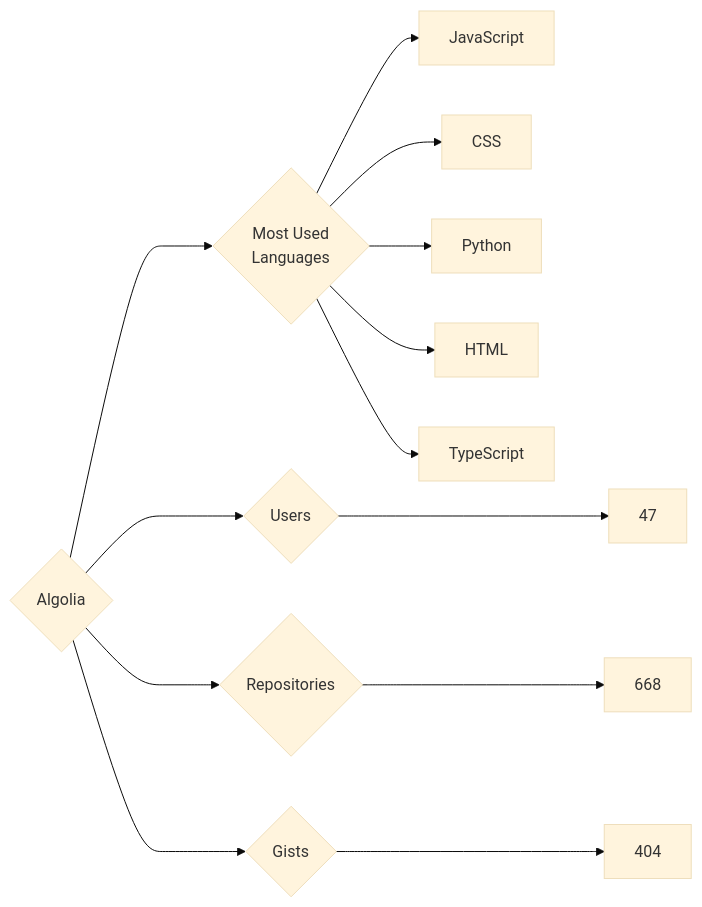
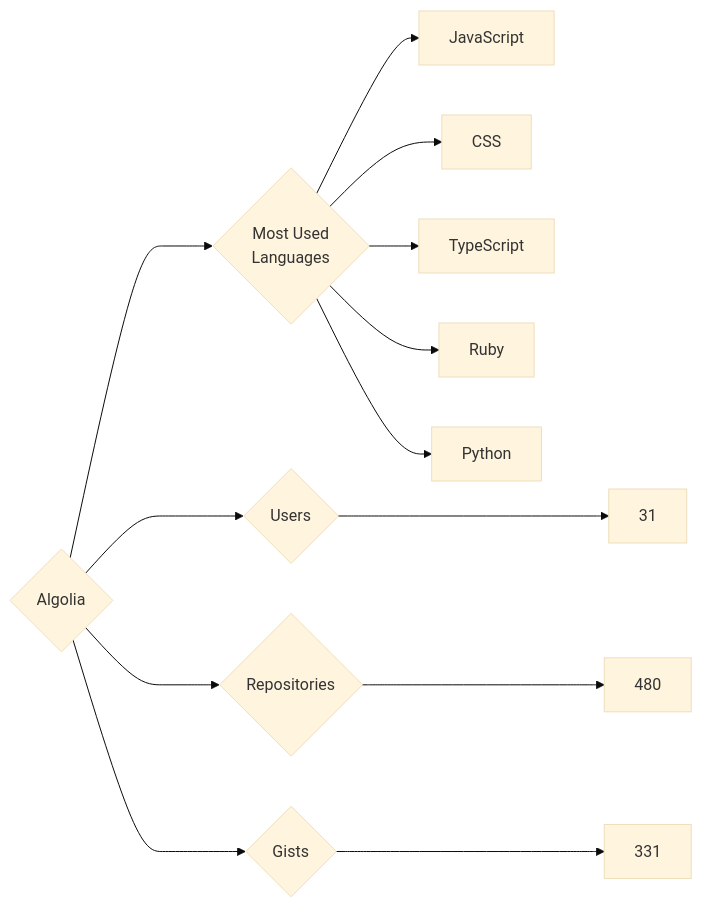
The diagram in targets/Algolia/README.md (trickest/insiders), drawn with Mermaid (base theme) before and after one commit. The commit also changed 749 other files, not shown here.

````diff
--- a/targets/Algolia/README.md
+++ b/targets/Algolia/README.md
@@ -3,13 +3,13 @@
 ```mermaid
 graph LR
 COMPANY_NAME{Algolia}
-COMPANY_NAME ---> U{Users} ---> UN[47]
-COMPANY_NAME ---> R{Repositories} ---> RN[668]
-COMPANY_NAME ---> G{Gists} ---> GN[404]
+COMPANY_NAME ---> U{Users} ---> UN[31]
+COMPANY_NAME ---> R{Repositories} ---> RN[480]
+COMPANY_NAME ---> G{Gists} ---> GN[331]
 COMPANY_NAME ---> ML{Most Used<br>Languages}
 ML --> JavaScript[JavaScript]
 ML --> CSS[CSS]
+ML --> TypeScript[TypeScript]
+ML --> Ruby[Ruby]
 ML --> Python[Python]
-ML --> HTML[HTML]
-ML --> TypeScript[TypeScript]
 ```
````
